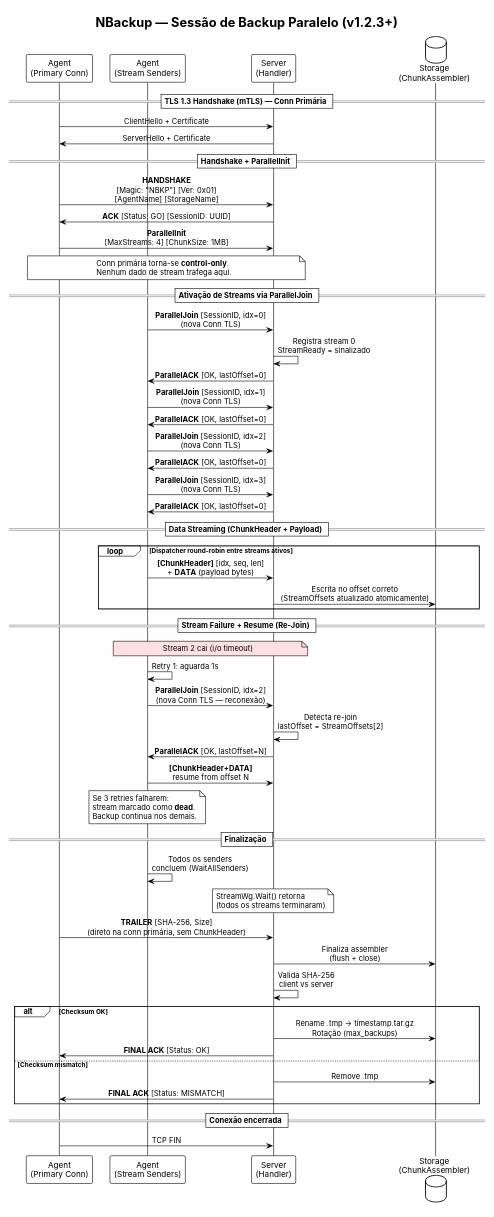
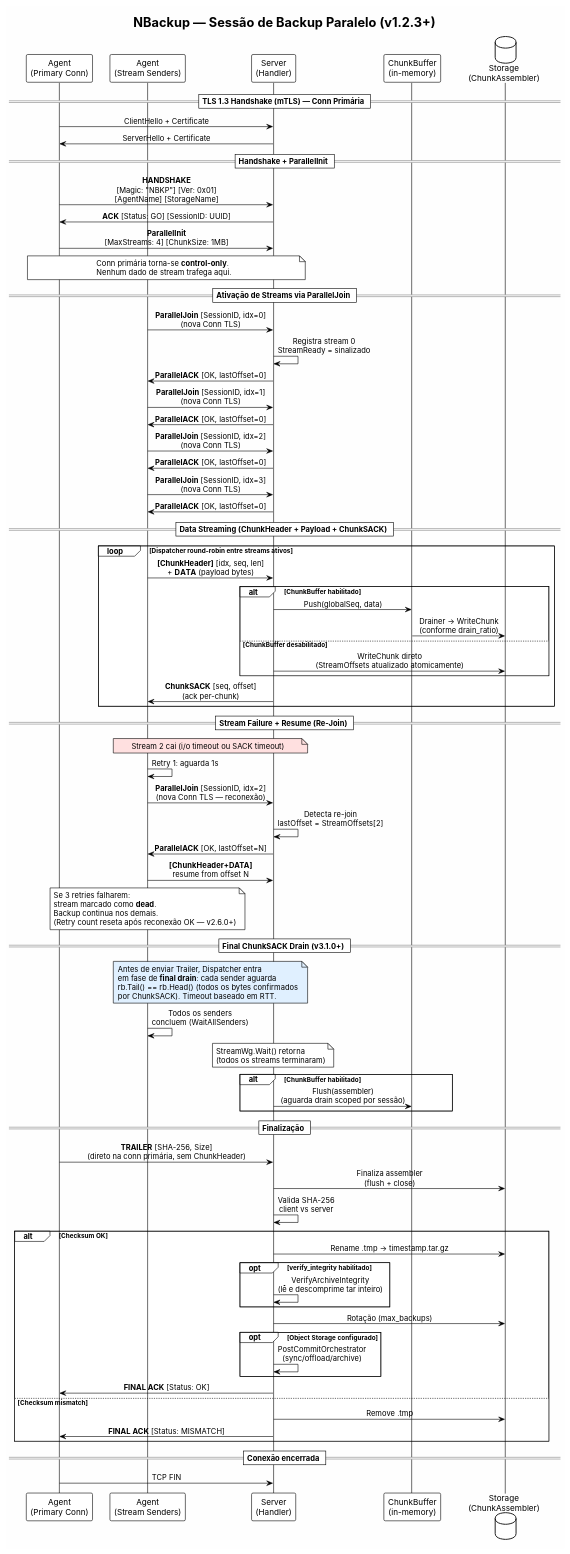
One commit to nishisan-dev/n-backup changed the diagram in docs/diagrams/parallel_sequence.puml. Above: the diagram before and after it, drawn with PlantUML. The commit also changed 7 other files, not shown here.

First line of the commit message:
docs: atualizar arquitetura e diagramas com componentes atuais

```diff
--- a/docs/diagrams/parallel_sequence.puml
+++ b/docs/diagrams/parallel_sequence.puml
@@ -1,93 +1,123 @@
 @startuml parallel_sequence
 !theme plain
 skinparam backgroundColor #FEFEFE
 skinparam defaultFontName Inter
 skinparam sequenceMessageAlign center
 
 title NBackup — Sessão de Backup Paralelo (v1.2.3+)
 
 participant "Agent\n(Primary Conn)" as C
 participant "Agent\n(Stream Senders)" as S
 participant "Server\n(Handler)" as H
+participant "ChunkBuffer\n(in-memory)" as CB
 database "Storage\n(ChunkAssembler)" as D
 
 == TLS 1.3 Handshake (mTLS) — Conn Primária ==
 
 C -> H : ClientHello + Certificate
 H -> C : ServerHello + Certificate
 
 == Handshake + ParallelInit ==
 
 C -> H : **HANDSHAKE**\n[Magic: "NBKP"] [Ver: 0x01]\n[AgentName] [StorageName]
 H -> C : **ACK** [Status: GO] [SessionID: UUID]
 
 C -> H : **ParallelInit**\n[MaxStreams: 4] [ChunkSize: 1MB]
 
 note over C, H
   Conn primária torna-se **control-only**.
   Nenhum dado de stream trafega aqui.
 end note
 
 == Ativação de Streams via ParallelJoin ==
 
 S -> H : **ParallelJoin** [SessionID, idx=0]\n(nova Conn TLS)
 H -> H : Registra stream 0\nStreamReady = sinalizado
 H -> S : **ParallelACK** [OK, lastOffset=0]
 
 S -> H : **ParallelJoin** [SessionID, idx=1]\n(nova Conn TLS)
 H -> S : **ParallelACK** [OK, lastOffset=0]
 
 S -> H : **ParallelJoin** [SessionID, idx=2]\n(nova Conn TLS)
 H -> S : **ParallelACK** [OK, lastOffset=0]
 
 S -> H : **ParallelJoin** [SessionID, idx=3]\n(nova Conn TLS)
 H -> S : **ParallelACK** [OK, lastOffset=0]
 
-== Data Streaming (ChunkHeader + Payload) ==
+== Data Streaming (ChunkHeader + Payload + ChunkSACK) ==
 
 loop Dispatcher round-robin entre streams ativos
   S -> H : **[ChunkHeader]** [idx, seq, len]\n+ **DATA** (payload bytes)
-  H -> D : Escrita no offset correto\n(StreamOffsets atualizado atomicamente)
+
+  alt ChunkBuffer habilitado
+    H -> CB : Push(globalSeq, data)
+    CB -> D : Drainer → WriteChunk\n(conforme drain_ratio)
+  else ChunkBuffer desabilitado
+    H -> D : WriteChunk direto\n(StreamOffsets atualizado atomicamente)
+  end
+
+  H -> S : **ChunkSACK** [seq, offset]\n(ack per-chunk)
 end
 
 == Stream Failure + Resume (Re-Join) ==
 
 note over S, H #FFE0E0
-  Stream 2 cai (i/o timeout)
+  Stream 2 cai (i/o timeout ou SACK timeout)
 end note
 
 S -> S : Retry 1: aguarda 1s
 S -> H : **ParallelJoin** [SessionID, idx=2]\n(nova Conn TLS — reconexão)
 H -> H : Detecta re-join\nlastOffset = StreamOffsets[2]
 H -> S : **ParallelACK** [OK, lastOffset=N]
 
 S -> H : **[ChunkHeader+DATA]**\nresume from offset N
 
 note over S
   Se 3 retries falharem:
   stream marcado como **dead**.
   Backup continua nos demais.
+  (Retry count reseta após reconexão OK — v2.6.0+)
 end note
 
-== Finalização ==
+== Final ChunkSACK Drain (v3.1.0+) ==
+
+note over S, H #E0F0FF
+  Antes de enviar Trailer, Dispatcher entra
+  em fase de **final drain**: cada sender aguarda
+  rb.Tail() == rb.Head() (todos os bytes confirmados
+  por ChunkSACK). Timeout baseado em RTT.
+end note
 
 S -> S : Todos os senders\nconcluem (WaitAllSenders)
 note over H : StreamWg.Wait() retorna\n(todos os streams terminaram)
+
+alt ChunkBuffer habilitado
+  H -> CB : Flush(assembler)\n(aguarda drain scoped por sessão)
+end
+
+== Finalização ==
 
 C -> H : **TRAILER** [SHA-256, Size]\n(direto na conn primária, sem ChunkHeader)
 
 H -> D : Finaliza assembler\n(flush + close)
 H -> H : Valida SHA-256\nclient vs server
 alt Checksum OK
-  H -> D : Rename .tmp → timestamp.tar.gz\nRotação (max_backups)
+  H -> D : Rename .tmp → timestamp.tar.gz
+  opt verify_integrity habilitado
+    H -> H : VerifyArchiveIntegrity\n(lê e descomprime tar inteiro)
+  end
+  H -> D : Rotação (max_backups)
+  opt Object Storage configurado
+    H -> H : PostCommitOrchestrator\n(sync/offload/archive)
+  end
   H -> C : **FINAL ACK** [Status: OK]
 else Checksum mismatch
   H -> D : Remove .tmp
   H -> C : **FINAL ACK** [Status: MISMATCH]
 end
 
 == Conexão encerrada ==
 
 C -> H : TCP FIN
 
 @enduml
```
